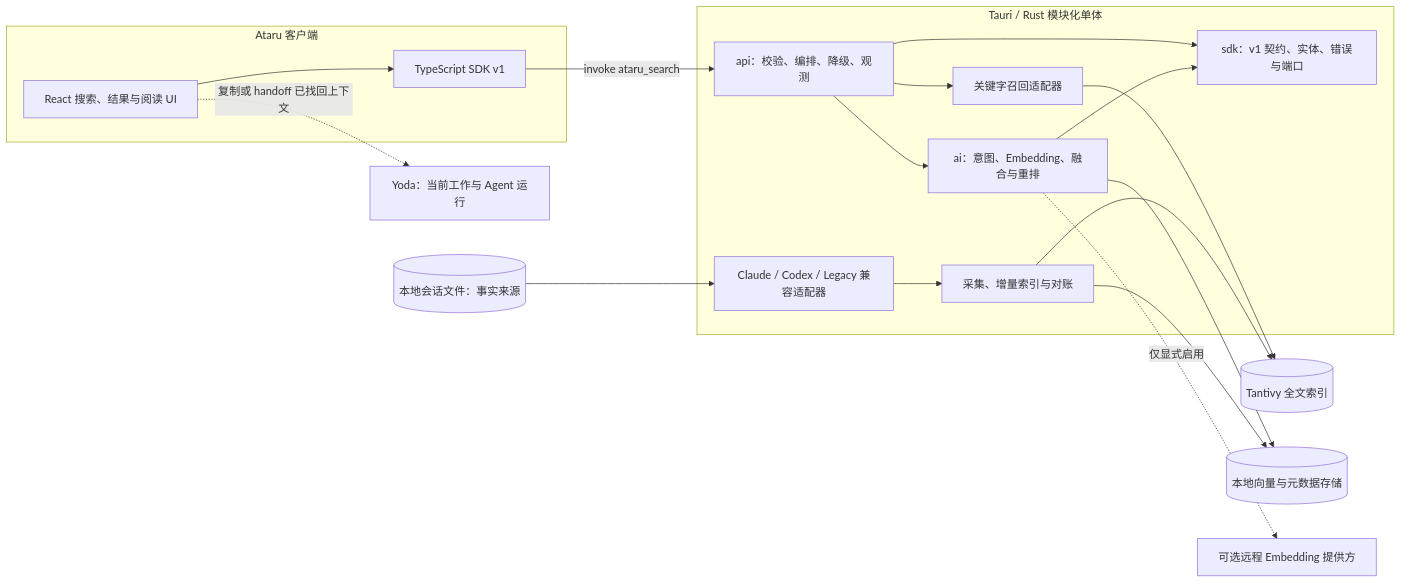
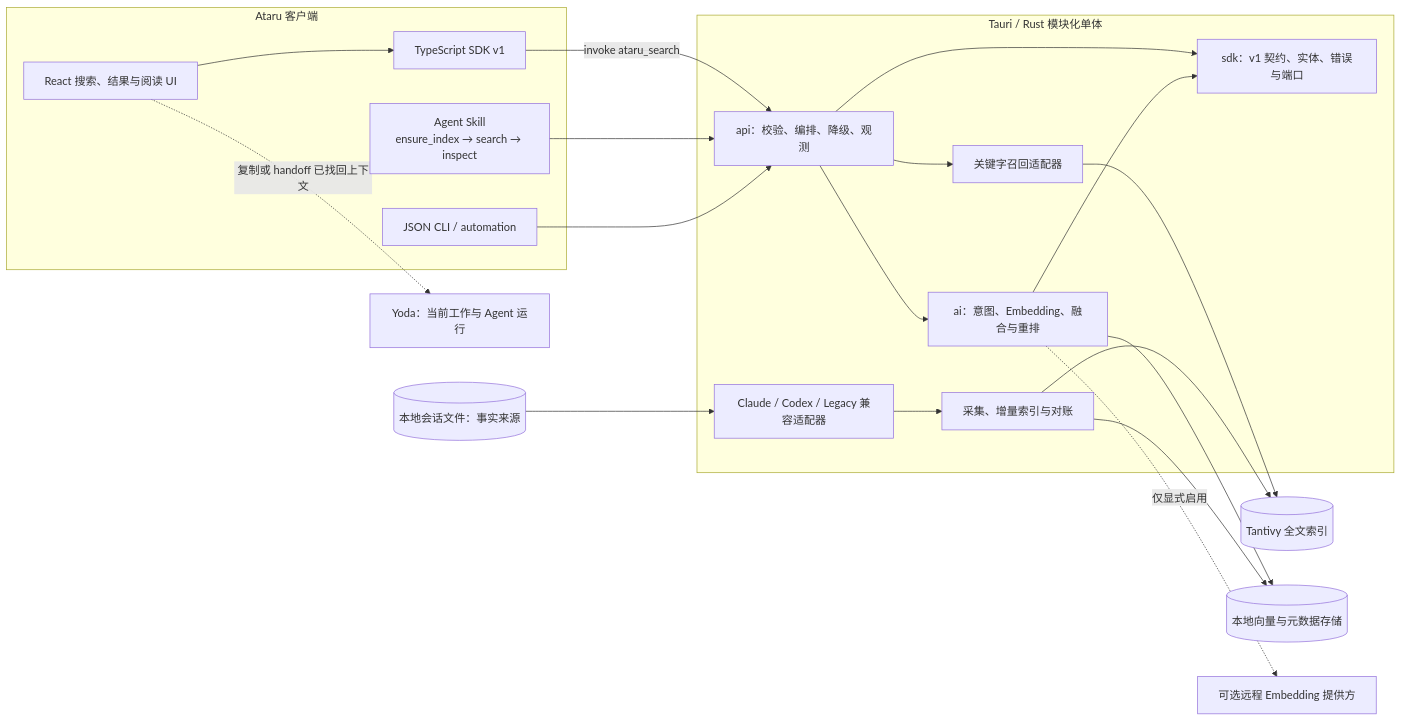
Before and after one commit to MarkShawn2020/lovcode: the diagram in docs/architecture/ataru-search-architecture.md, drawn with Mermaid. The commit also changed other lines of this file and 1 other file, not shown here.

Commit message:
docs: improve README with architecture and agent skill

````diff
--- a/docs/architecture/ataru-search-architecture.md
+++ b/docs/architecture/ataru-search-architecture.md
@@ -54,38 +54,42 @@
 ```mermaid
 flowchart LR
     Yoda["Yoda：当前工作与 Agent 运行"]
 
     subgraph Client["Ataru 客户端"]
         UI["React 搜索、结果与阅读 UI"]
         TS["TypeScript SDK v1"]
+        SKILL["Agent Skill\nensure_index → search → inspect"]
+        CLI["JSON CLI / automation"]
     end
 
     subgraph Core["Tauri / Rust 模块化单体"]
         API["api：校验、编排、降级、观测"]
         SDK["sdk：v1 契约、实体、错误与端口"]
         AI["ai：意图、Embedding、融合与重排"]
         LEX["关键字召回适配器"]
         INGEST["采集、增量索引与对账"]
         COMPAT["Claude / Codex / Legacy 兼容适配器"]
     end
 
     FILES[("本地会话文件：事实来源")]
     TEXT[("Tantivy 全文索引")]
     VECTOR[("本地向量与元数据存储")]
     REMOTE["可选远程 Embedding 提供方"]
 
     UI --> TS
     TS -->|"invoke ataru_search"| API
+    SKILL --> API
+    CLI --> API
     API --> SDK
     API --> LEX
     API --> AI
     AI --> SDK
     LEX --> TEXT
     AI --> VECTOR
     AI -. "仅显式启用" .-> REMOTE
     FILES --> COMPAT
     COMPAT --> INGEST
     INGEST --> TEXT
     INGEST --> VECTOR
     UI -. "复制或 handoff 已找回上下文" .-> Yoda
 ```
````
